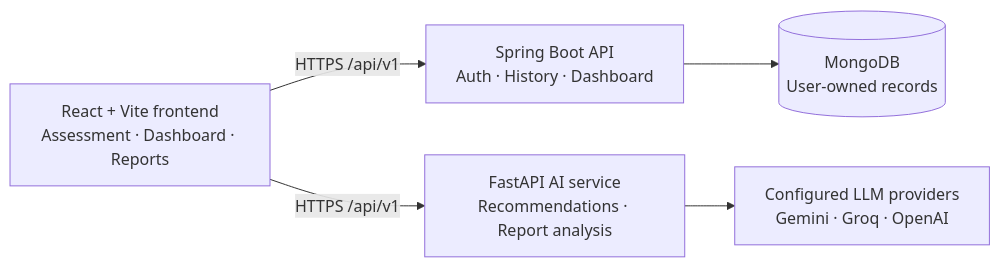
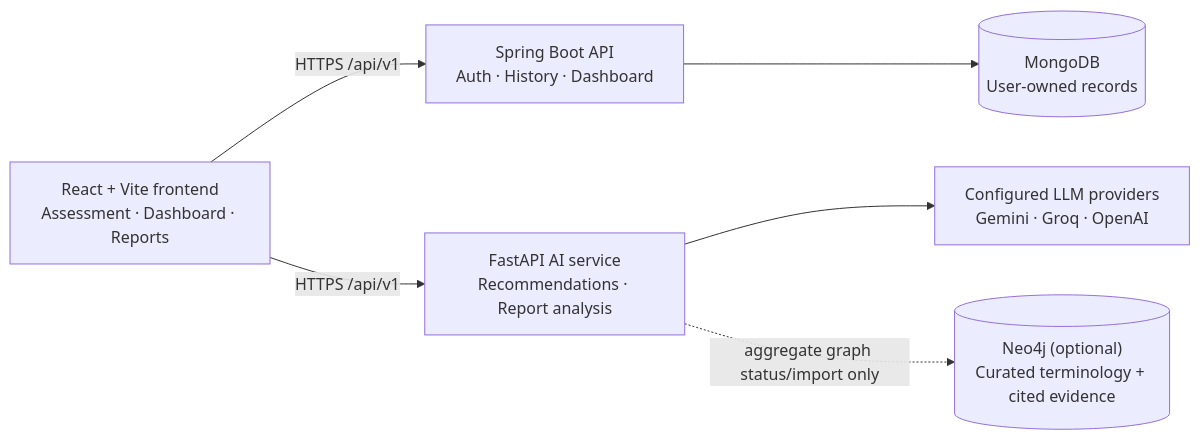
One commit to senindu003/HealthWiseAI changed the first of 3 diagrams in README.md. Above: the diagram before and after it, drawn with Mermaid. The commit also changed other lines of this file and 13 other files, not shown here.

Commit message:
feat: add curated Neo4j knowledge graph integration

````diff
--- a/README.md
+++ b/README.md
@@ -41,13 +41,15 @@
 ```mermaid
 flowchart LR
     Browser["React + Vite frontend\nAssessment · Dashboard · Reports"]
     Spring["Spring Boot API\nAuth · History · Dashboard"]
     FastAPI["FastAPI AI service\nRecommendations · Report analysis"]
     Mongo[("MongoDB\nUser-owned records")]
+    Neo4j[("Neo4j (optional)\nCurated terminology + cited evidence")]
     Models["Configured LLM providers\nGemini · Groq · OpenAI"]
 
     Browser -->|"HTTPS /api/v1"| Spring
     Browser -->|"HTTPS /api/v1"| FastAPI
     Spring --> Mongo
     FastAPI --> Models
+    FastAPI -. "aggregate graph status/import only" .-> Neo4j
 ```
````
